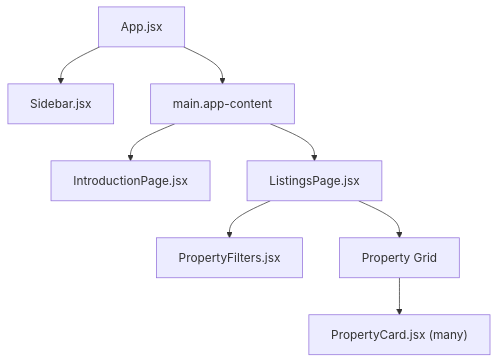
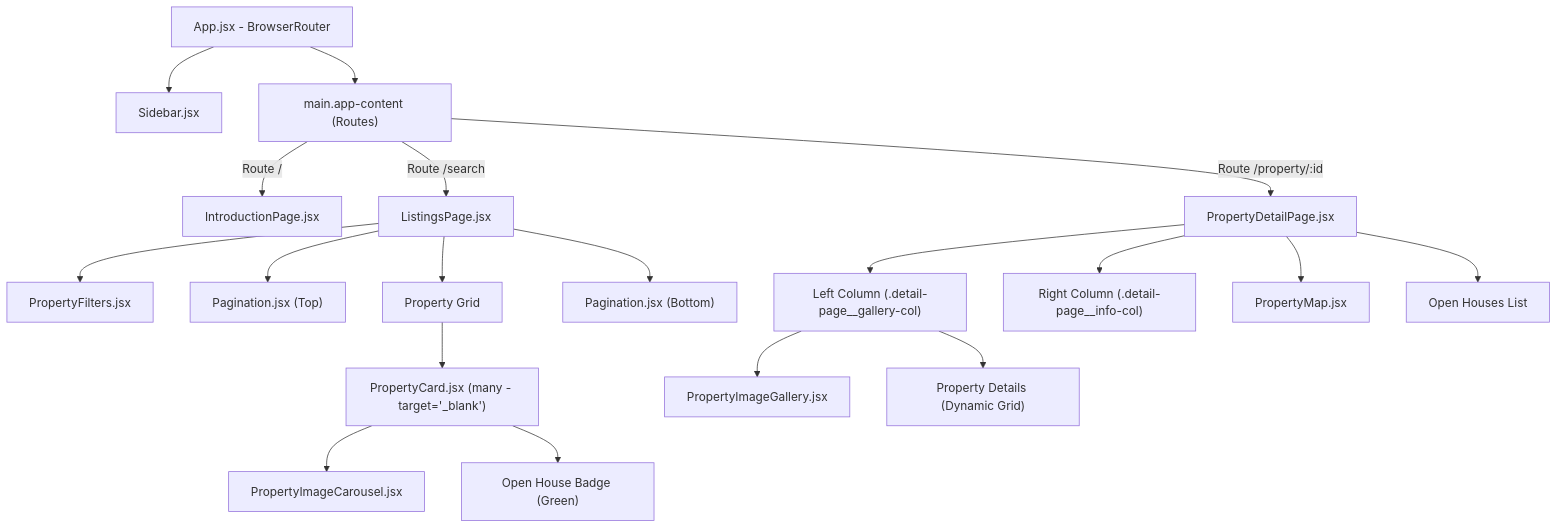
Before and after one commit to Franghias/SDE_Intern_IDXExchange: the first of 4 diagrams in frontend/FLOW.md, drawn with Mermaid. The commit also changed other lines of this file and 29 other files, not shown here.

````diff
--- a/frontend/FLOW.md
+++ b/frontend/FLOW.md
@@ -14,10 +14,25 @@
 ```mermaid
 graph TD
-    App[App.jsx] --> Sidebar[Sidebar.jsx]
-    App --> MainContent[main.app-content]
-    MainContent --> IntroPage[IntroductionPage.jsx]
-    MainContent --> ListingsPage[ListingsPage.jsx]
+    App[App.jsx - BrowserRouter] --> Sidebar[Sidebar.jsx]
+    App --> MainContent["main.app-content (Routes)"]
+    MainContent -->|Route /| IntroPage[IntroductionPage.jsx]
+    MainContent -->|Route /search| ListingsPage[ListingsPage.jsx]
+    MainContent -->|Route /property/:id| DetailPage[PropertyDetailPage.jsx]
+    
     ListingsPage --> PropertyFilters[PropertyFilters.jsx]
+    ListingsPage --> PaginationTop["Pagination.jsx (Top)"]
     ListingsPage --> PropertyCardGrid["Property Grid"]
-    PropertyCardGrid --> PropertyCard["PropertyCard.jsx (many)"]
+    ListingsPage --> PaginationBottom["Pagination.jsx (Bottom)"]
+    
+    PropertyCardGrid --> PropertyCard["PropertyCard.jsx (many - target='_blank')"]
+    PropertyCard --> Carousel[PropertyImageCarousel.jsx]
+    PropertyCard --> OpenHouseBadge["Open House Badge (Green)"]
+
+    DetailPage --> GalleryCol["Left Column (.detail-page__gallery-col)"]
+    DetailPage --> InfoCol["Right Column (.detail-page__info-col)"]
+    DetailPage --> PropertyMap[PropertyMap.jsx]
+    DetailPage --> OpenHousesSection["Open Houses List"]
+
+    GalleryCol --> Gallery[PropertyImageGallery.jsx]
+    GalleryCol --> PropertyDetails["Property Details (Dynamic Grid)"]
 ```
````
